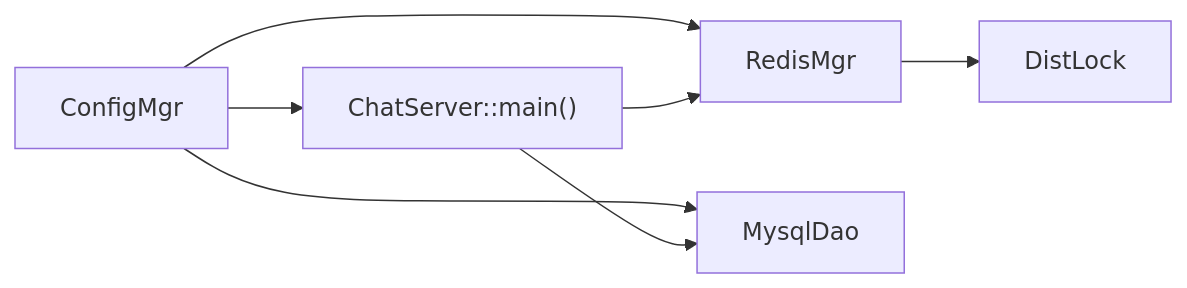
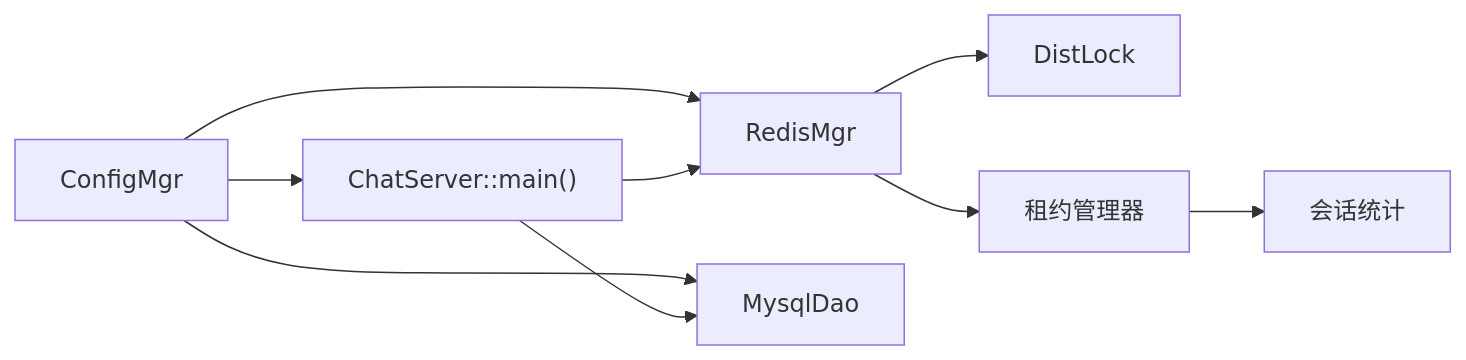
The third of 3 diagrams in .qoder/repowiki/zh/content/部署运维/服务部署/服务配置/ChatServer聊天服务配置.md (echo9923/mychatter), drawn with Mermaid before and after one commit. The commit also changed other lines of this file and 107 other files, not shown here.

````diff
--- a/.qoder/repowiki/zh/content/部署运维/服务部署/服务配置/ChatServer聊天服务配置.md
+++ b/.qoder/repowiki/zh/content/部署运维/服务部署/服务配置/ChatServer聊天服务配置.md
@@ -197,9 +251,11 @@
 ```mermaid
 graph LR
 Cfg["ConfigMgr"] --> R["RedisMgr"]
 Cfg --> D["MysqlDao"]
 Cfg --> Main["ChatServer::main()"]
 R --> Lock["DistLock"]
+R --> Lease["租约管理器"]
 Main --> R
 Main --> D
+Lease --> Session["会话统计"]
 ```
````
